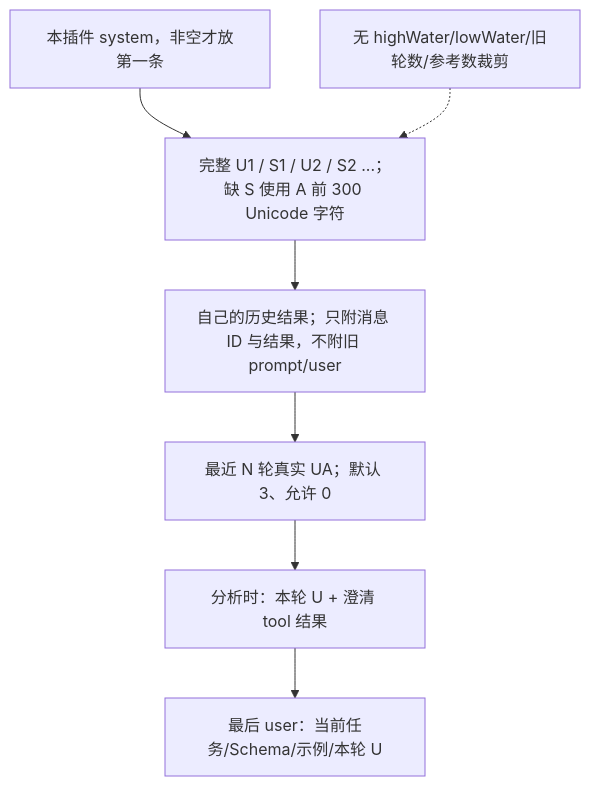
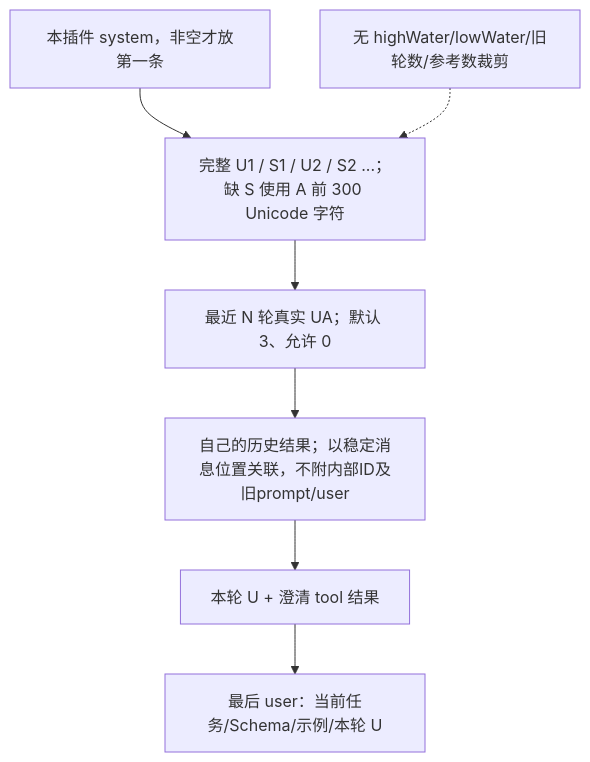
One commit to ccawmiku/workers-chat changed the first of 2 diagrams in docs/PLUGIN_CONTEXT.md. Above: the diagram before and after it, drawn with Mermaid. The commit also changed other lines of this file and 52 other files, not shown here.

````diff
--- a/docs/PLUGIN_CONTEXT.md
+++ b/docs/PLUGIN_CONTEXT.md
@@ -15,9 +16,9 @@
 ```mermaid
 flowchart TD
     S[本插件 system，非空才放第一条] --> H[完整 U1 / S1 / U2 / S2 ...；缺 S 使用 A 前 300 Unicode 字符]
-    H --> R[自己的历史结果；只附消息 ID 与结果，不附旧 prompt/user]
-    R --> Raw[最近 N 轮真实 UA；默认 3、允许 0]
-    Raw --> C[分析时：本轮 U + 澄清 tool 结果]
+    H --> Raw[最近 N 轮真实 UA；默认 3、允许 0]
+    Raw --> R[自己的历史结果；以稳定消息位置关联，不附内部ID及旧prompt/user]
+    R --> C[本轮 U + 澄清 tool 结果]
     C --> T[最后 user：当前任务/Schema/示例/本轮 U]
     W[无 highWater/lowWater/旧轮数/参考数裁剪] -.-> H
 ```
````
